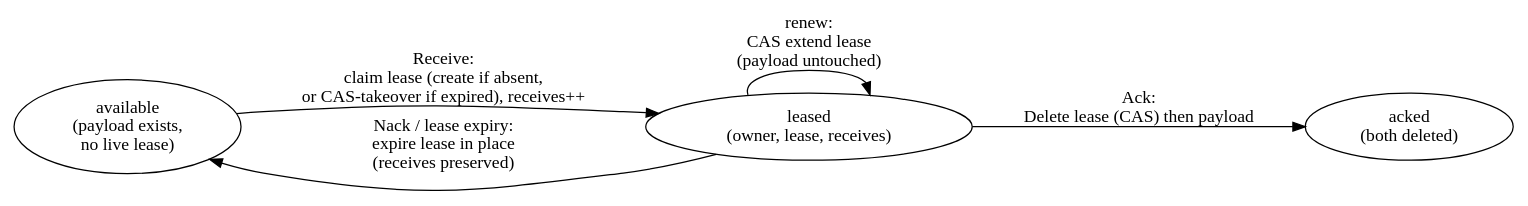
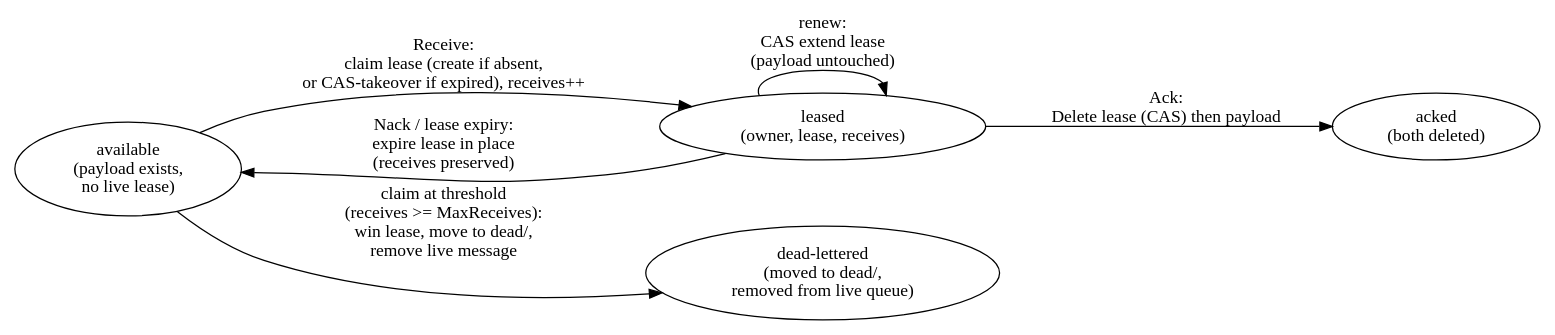
Before and after one commit to yolocs/blobster: the second of 2 diagrams in docs/architecture.md, drawn with Graphviz. The commit also changed other lines of this file and 4 other files, not shown here.

Commit message:
Add dead-letter / max-receives to the work queue (#16)

````diff
--- a/docs/architecture.md
+++ b/docs/architecture.md
@@ -652,12 +658,14 @@
 ```dot
 digraph queue {
   rankdir=LR;
   avail [label="available\n(payload exists,\nno live lease)"];
   held  [label="leased\n(owner, lease, receives)"];
   gone  [label="acked\n(both deleted)"];
+  dead  [label="dead-lettered\n(moved to dead/,\nremoved from live queue)"];
   avail -> held [label="Receive:\nclaim lease (create if absent,\nor CAS-takeover if expired), receives++"];
   held  -> held [label="renew:\nCAS extend lease\n(payload untouched)"];
   held  -> gone [label="Ack:\nDelete lease (CAS) then payload"];
   held  -> avail [label="Nack / lease expiry:\nexpire lease in place\n(receives preserved)"];
+  avail -> dead [label="claim at threshold\n(receives >= MaxReceives):\nwin lease, move to dead/,\nremove live message"];
 }
 ```
````
